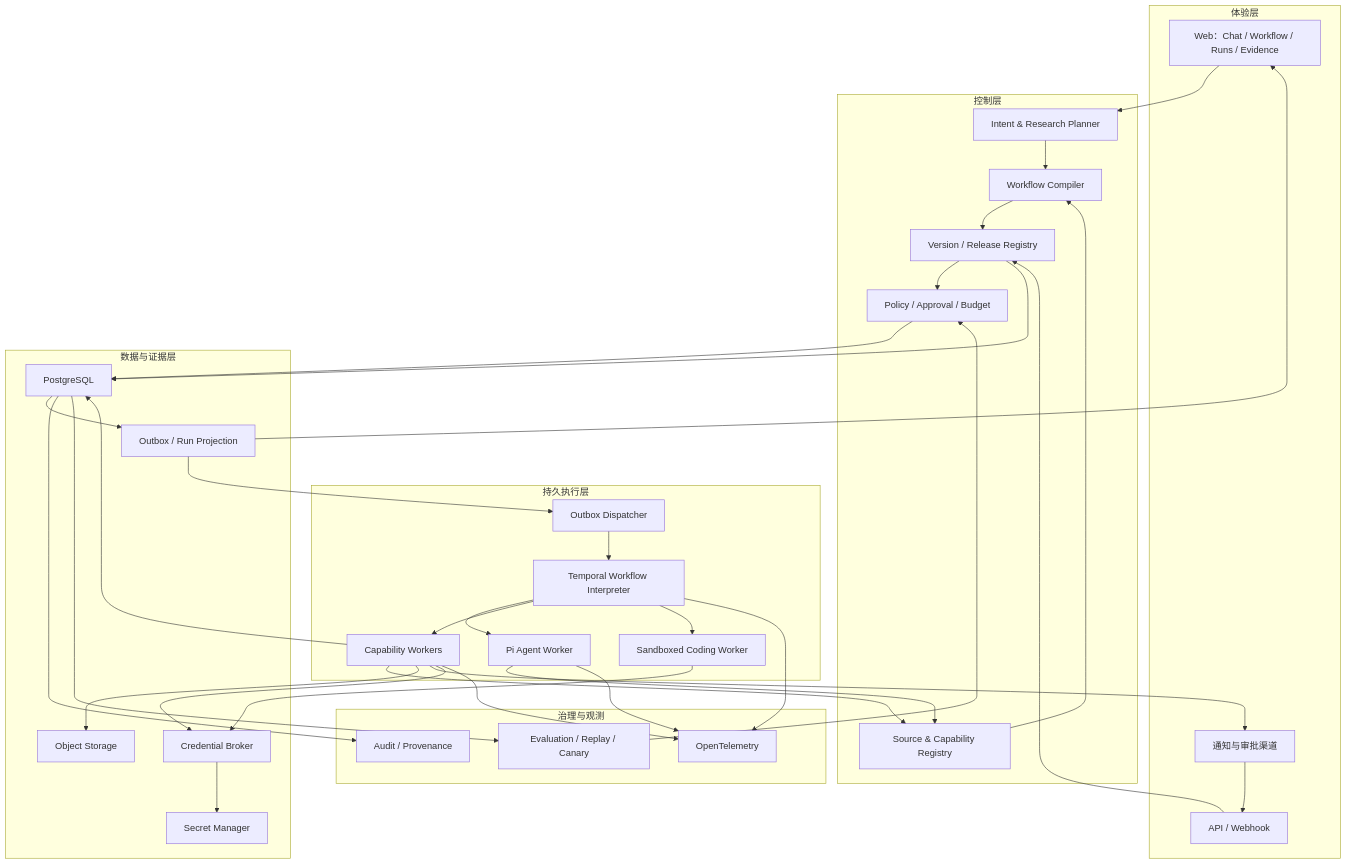
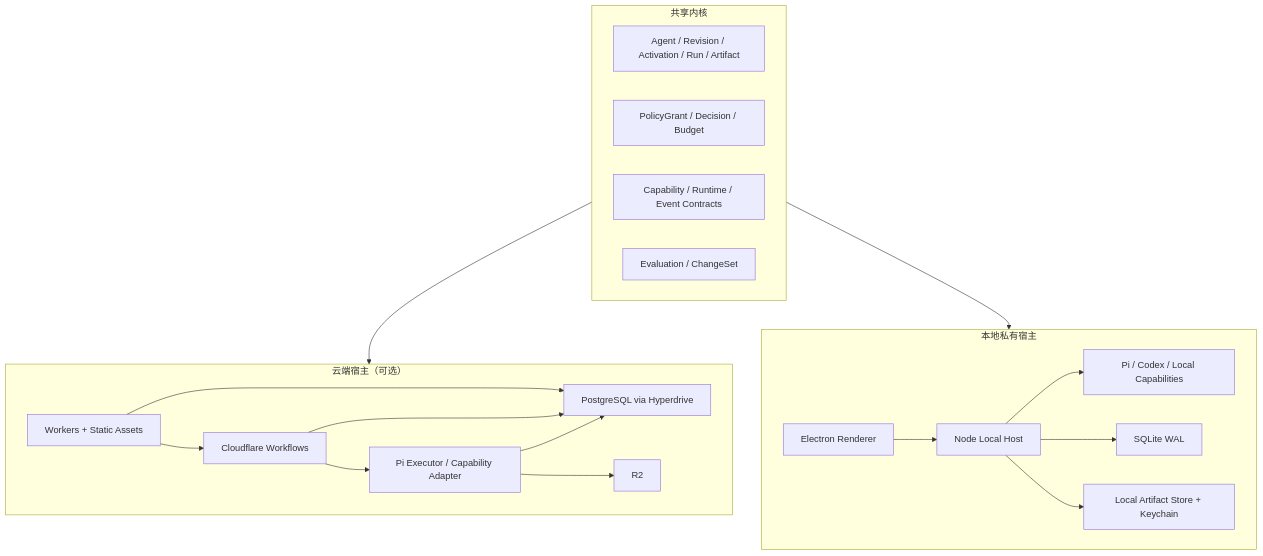
One commit to dvlin-dev/LoopEvo changed the diagram in docs/design/core/system-architecture.md. Above: the diagram before and after it, drawn with Mermaid. The commit also changed other lines of this file and 10 other files, not shown here.

````diff
--- a/docs/design/core/system-architecture.md
+++ b/docs/design/core/system-architecture.md
@@ -60,64 +59,36 @@
 ```mermaid
 flowchart TB
-    subgraph UX["体验层"]
-        WEB["Web：Chat / Workflow / Runs / Evidence"]
-        API["API / Webhook"]
-        DELIVERY["通知与审批渠道"]
+    subgraph SHARED["共享内核"]
+        DOMAIN["Agent / Revision / Activation / Run / Artifact"]
+        POLICY["PolicyGrant / Decision / Budget"]
+        CONTRACT["Capability / Runtime / Event Contracts"]
+        EVAL["Evaluation / ChangeSet"]
     end
 
-    subgraph CONTROL["控制层"]
-        INTENT["Intent & Research Planner"]
-        COMPILER["Workflow Compiler"]
-        REGISTRY["Version / Release Registry"]
-        POLICY["Policy / Approval / Budget"]
-        SOURCE["Source & Capability Registry"]
+    subgraph CLOUD["云端宿主（可选）"]
+        WORKER["Workers + Static Assets"]
+        WF["Cloudflare Workflows"]
+        PG["PostgreSQL via Hyperdrive"]
+        R2["R2"]
+        CEXEC["Pi Executor / Capability Adapter"]
     end
 
-    subgraph RUNTIME["持久执行层"]
-        DISPATCH["Outbox Dispatcher"]
-        TEMPORAL["Temporal Workflow Interpreter"]
-        AGENT["Pi Agent Worker"]
-        CAPWORKER["Capability Workers"]
-        CODER["Sandboxed Coding Worker"]
+    subgraph LOCAL["本地私有宿主"]
+        DESKTOP["Electron Renderer"]
+        DAEMON["Node Local Host"]
+        SQLITE["SQLite WAL"]
+        FILES["Local Artifact Store + Keychain"]
+        LEXEC["Pi / Codex / Local Capabilities"]
     end
 
-    subgraph DATA["数据与证据层"]
-        PG["PostgreSQL"]
-        OBJ["Object Storage"]
-        BROKER["Credential Broker"]
-        SECRET["Secret Manager"]
-        OUTBOX["Outbox / Run Projection"]
-    end
-
-    subgraph GOV["治理与观测"]
-        AUDIT["Audit / Provenance"]
-        OTEL["OpenTelemetry"]
-        EVAL["Evaluation / Replay / Canary"]
-    end
-
-    WEB --> INTENT --> COMPILER --> REGISTRY
-    API --> REGISTRY
-    DELIVERY --> API
-    REGISTRY --> POLICY
-    SOURCE --> COMPILER
-    POLICY --> PG
-    PG --> OUTBOX
-    OUTBOX --> DISPATCH --> TEMPORAL
-    OUTBOX --> WEB
-    TEMPORAL --> AGENT
-    TEMPORAL --> CAPWORKER
-    TEMPORAL --> CODER
-    AGENT --> SOURCE
-    CAPWORKER --> SOURCE
-    REGISTRY --> PG
-    CAPWORKER --> PG
-    CAPWORKER --> OBJ
-    CAPWORKER --> DELIVERY
-    CAPWORKER --> BROKER --> SECRET
-    CODER --> BROKER
-    TEMPORAL --> OTEL
-    AGENT --> OTEL
-    CAPWORKER --> OTEL
-    PG --> AUDIT
-    PG --> EVAL --> POLICY
+    SHARED --> CLOUD
+    SHARED --> LOCAL
+    WORKER --> WF --> CEXEC
+    WORKER --> PG
+    WF --> PG
+    CEXEC --> PG
+    CEXEC --> R2
+    DESKTOP --> DAEMON --> LEXEC
+    DAEMON --> SQLITE
+    DAEMON --> FILES
 ```
````
